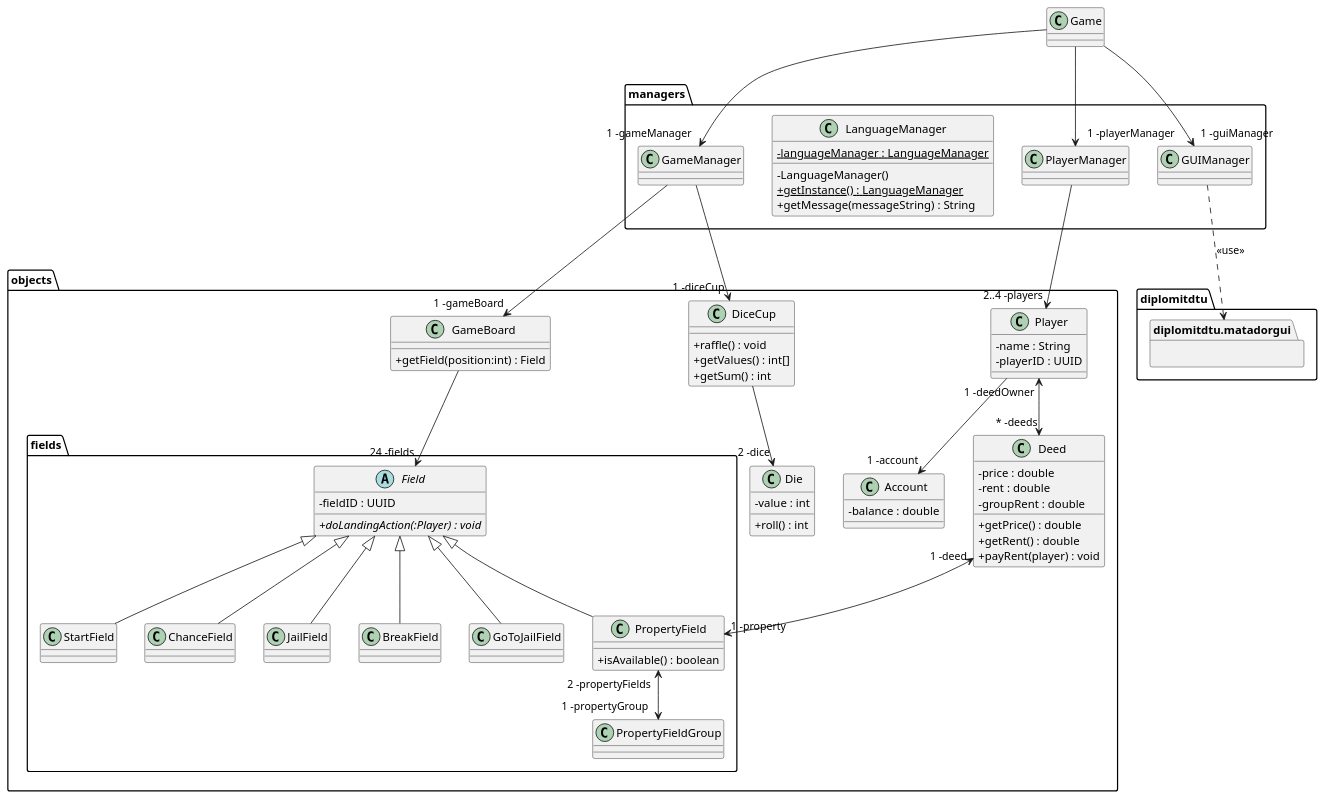
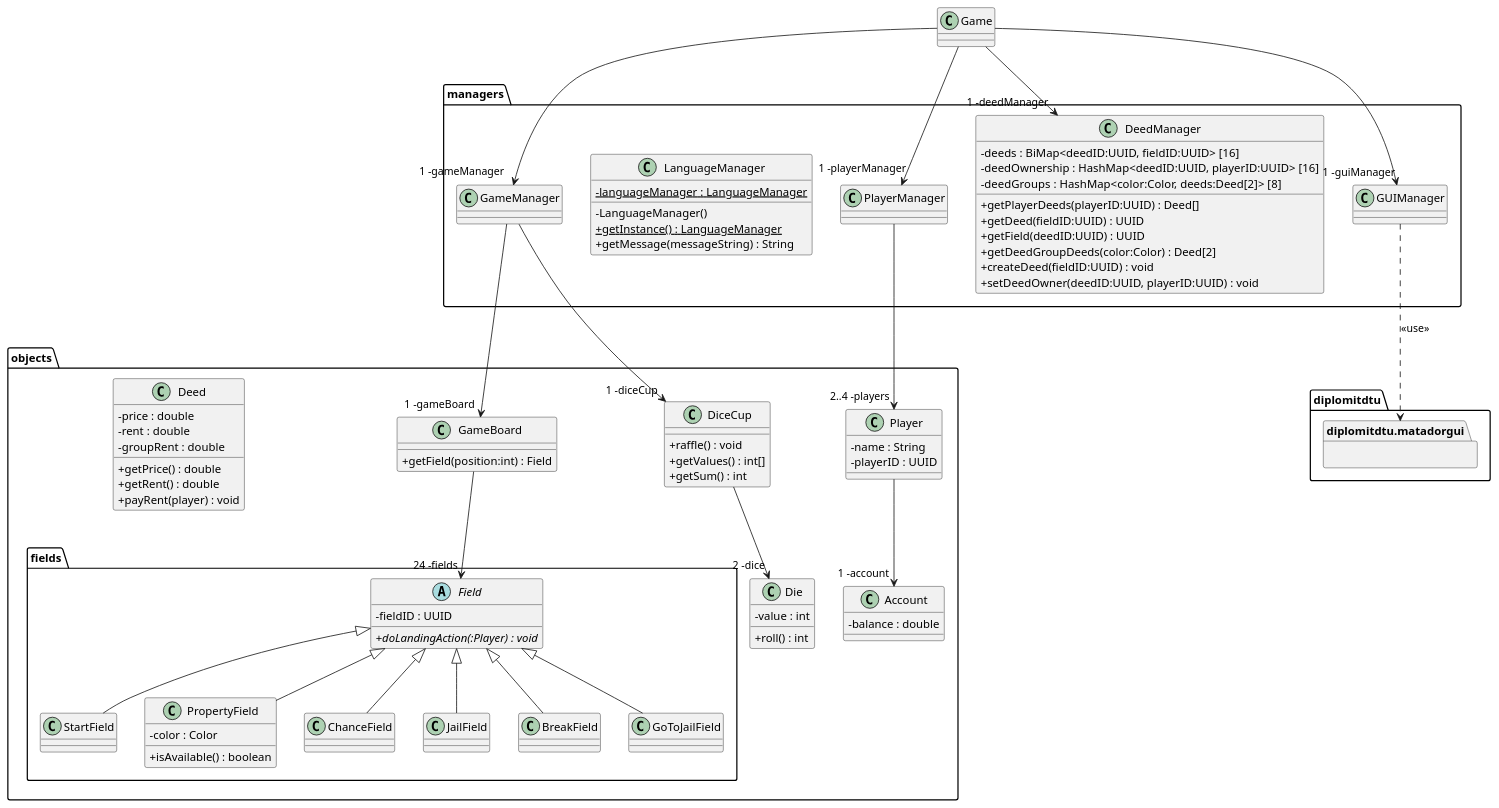
The diagram in src/main/resources/DesignClassDiagram.puml (DTUSoftware/25_del3), drawn with PlantUML before and after one commit.

Commit message:
Oh no what have we done, yay to the hashmaps

```diff
--- a/src/main/resources/DesignClassDiagram.puml
+++ b/src/main/resources/DesignClassDiagram.puml
@@ -1,128 +1,137 @@
 @startuml
 'https://plantuml.com/class-diagram
 
 skinparam classAttributeIconSize 0
 
 class Game {
 
 }
 
 package diplomitdtu.matadorgui {}
 
 ' Managers
 package managers {
     class GameManager {
 
     }
 
     class PlayerManager {
     }
 
+    class DeedManager {
+        -deeds : BiMap<deedID:UUID, fieldID:UUID> [16]
+        -deedOwnership : HashMap<deedID:UUID, playerID:UUID> [16]
+        -deedGroups : HashMap<color:Color, deeds:Deed[2]> [8]
+
+        +getPlayerDeeds(playerID:UUID) : Deed[]
+        +getDeed(fieldID:UUID) : UUID
+        +getField(deedID:UUID) : UUID
+        +getDeedGroupDeeds(color:Color) : Deed[2]
+        +createDeed(fieldID:UUID) : void
+        +setDeedOwner(deedID:UUID, playerID:UUID) : void
+    }
+
     class LanguageManager {
         {static} -languageManager : LanguageManager
 
         -LanguageManager()
         {static} +getInstance() : LanguageManager
         +getMessage(messageString) : String
     }
 
     class GUIManager {
 
     }
 
     GUIManager ..> diplomitdtu.matadorgui : <<use>>
 }
 
 Game --> "1 -gameManager" GameManager
 Game --> "1 -playerManager" PlayerManager
 Game --> "1 -guiManager" GUIManager
+Game --> "1 -deedManager" DeedManager
 
 
 ' Objects
 package objects {
     class GameBoard {
         +getField(position:int) : Field
     }
 
     class DiceCup {
         +raffle() : void
         +getValues() : int[]
         +getSum() : int
     }
 
     class Die {
         -value : int
 
         +roll() : int
     }
 
     class Player {
         -name : String
         -playerID : UUID
     }
 
     class Account {
         -balance : double
     }
 
     class Deed {
         -price : double
         -rent : double
         -groupRent : double
 
         +getPrice() : double
         +getRent() : double
         +payRent(player) : void
     }
 
     package fields {
         abstract Field {
             -fieldID : UUID
 
             {abstract} +doLandingAction(:Player) : void
         }
 
-        class PropertyFieldGroup {
-        }
-
         class StartField {
         }
 
         class PropertyField {
+            -color : Color
+            
             +isAvailable() : boolean
         }
 
         class ChanceField {
         }
 
         class JailField {
         }
 
         class BreakField {
         }
 
         class GoToJailField {
         }
 
         Field <|-- StartField
         Field <|-- PropertyField
         Field <|-- ChanceField
         Field <|-- JailField
         Field <|-- BreakField
         Field <|-- GoToJailField
-
-        PropertyField "2 -propertyFields" <--> "1 -propertyGroup" PropertyFieldGroup
     }
 
     GameBoard --> "24 -fields" Field
     DiceCup --> "2 -dice" Die
     Player --> "1 -account" Account
-    Player "1 -deedOwner" <--> "~* -deeds" Deed
-    Deed "1 -deed" <--> "1 -property" PropertyField
 }
 
 PlayerManager --> "2..4 -players" Player
 GameManager --> "1 -gameBoard" GameBoard
 GameManager --> "1 -diceCup" DiceCup
 
 @enduml
```
